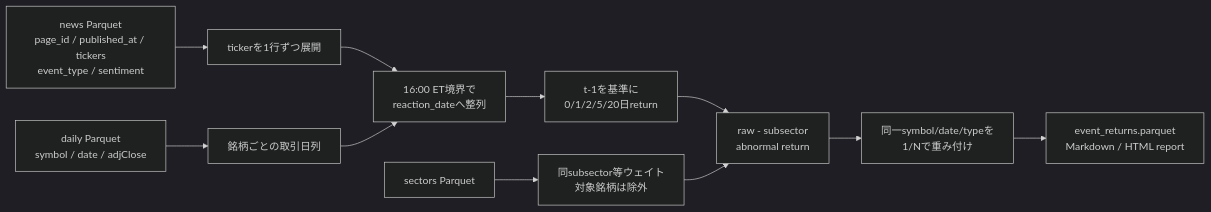
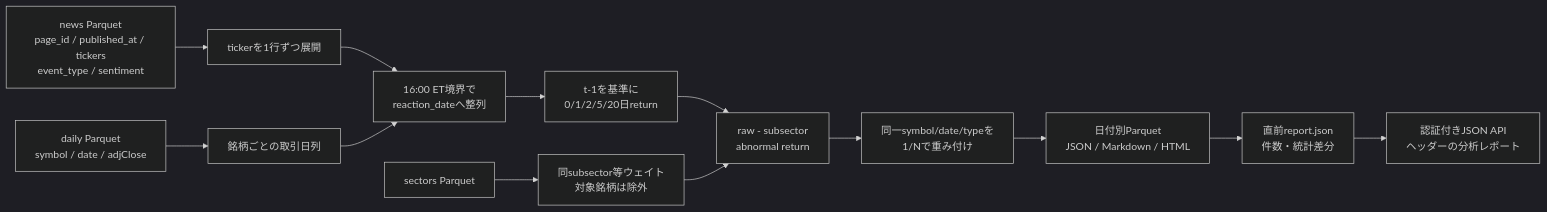
Before and after one commit to makechair/spelling-inconsistencies: diagram 16 of 16 in docs/system-architecture.md, drawn with Mermaid (dark theme). The commit also changed other lines of this file and 15 other files, not shown here.

````diff
--- a/docs/system-architecture.md
+++ b/docs/system-architecture.md
@@ -1205,13 +1205,15 @@
 ```mermaid
 flowchart LR
     NEWS["news Parquet<br/>page_id / published_at / tickers<br/>event_type / sentiment"] --> EXPLODE["tickerを1行ずつ展開"]
     DAILY["daily Parquet<br/>symbol / date / adjClose"] --> CAL["銘柄ごとの取引日列"]
     EXPLODE --> ALIGN["16:00 ET境界で<br/>reaction_dateへ整列"]
     CAL --> ALIGN
     ALIGN --> RETURN["t-1を基準に<br/>0/1/2/5/20日return"]
     SECTOR["sectors Parquet"] --> BENCH["同subsector等ウェイト<br/>対象銘柄は除外"]
     RETURN --> ABNORMAL["raw - subsector<br/>abnormal return"]
     BENCH --> ABNORMAL
     ABNORMAL --> DEDUP["同一symbol/date/typeを<br/>1/Nで重み付け"]
-    DEDUP --> REPORT["event_returns.parquet<br/>Markdown / HTML report"]
+    DEDUP --> REPORT["日付別Parquet<br/>JSON / Markdown / HTML"]
+    REPORT --> HISTORY["直前report.json<br/>件数・統計差分"]
+    HISTORY --> API["認証付きJSON API<br/>ヘッダーの分析レポート"]
 ```
````
